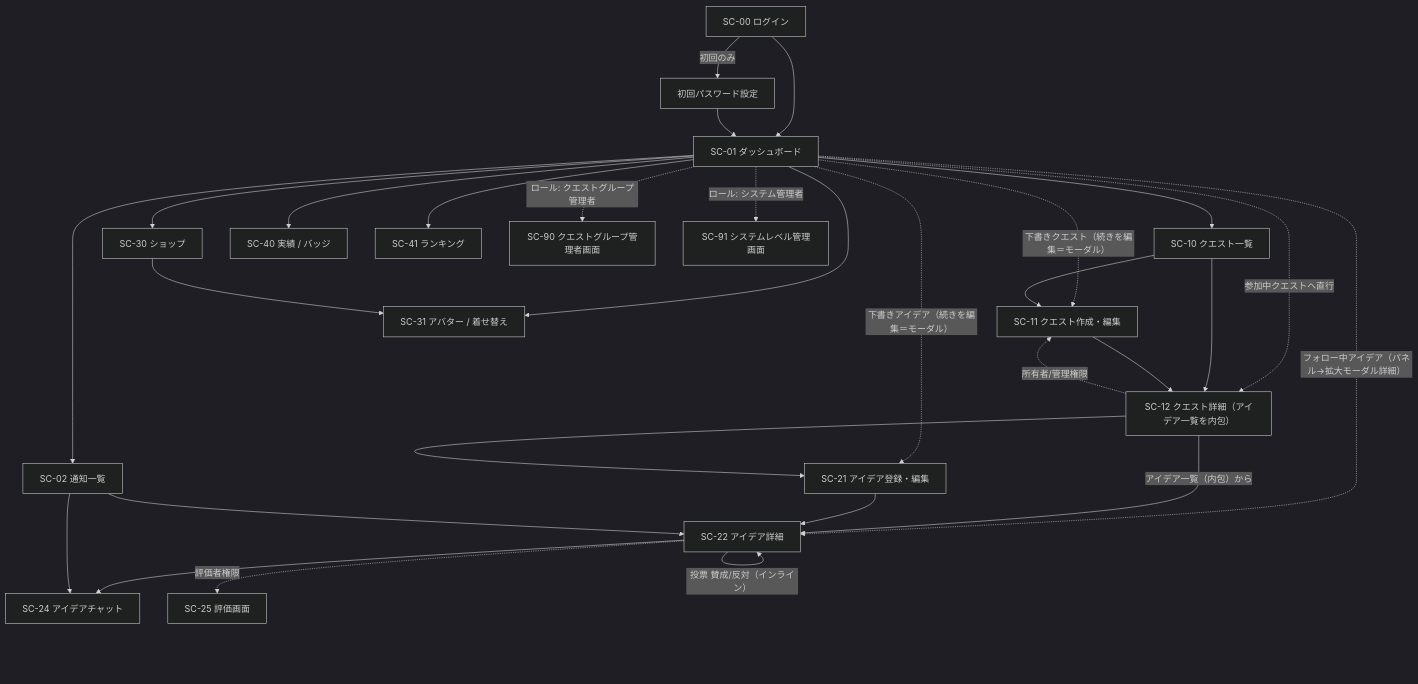
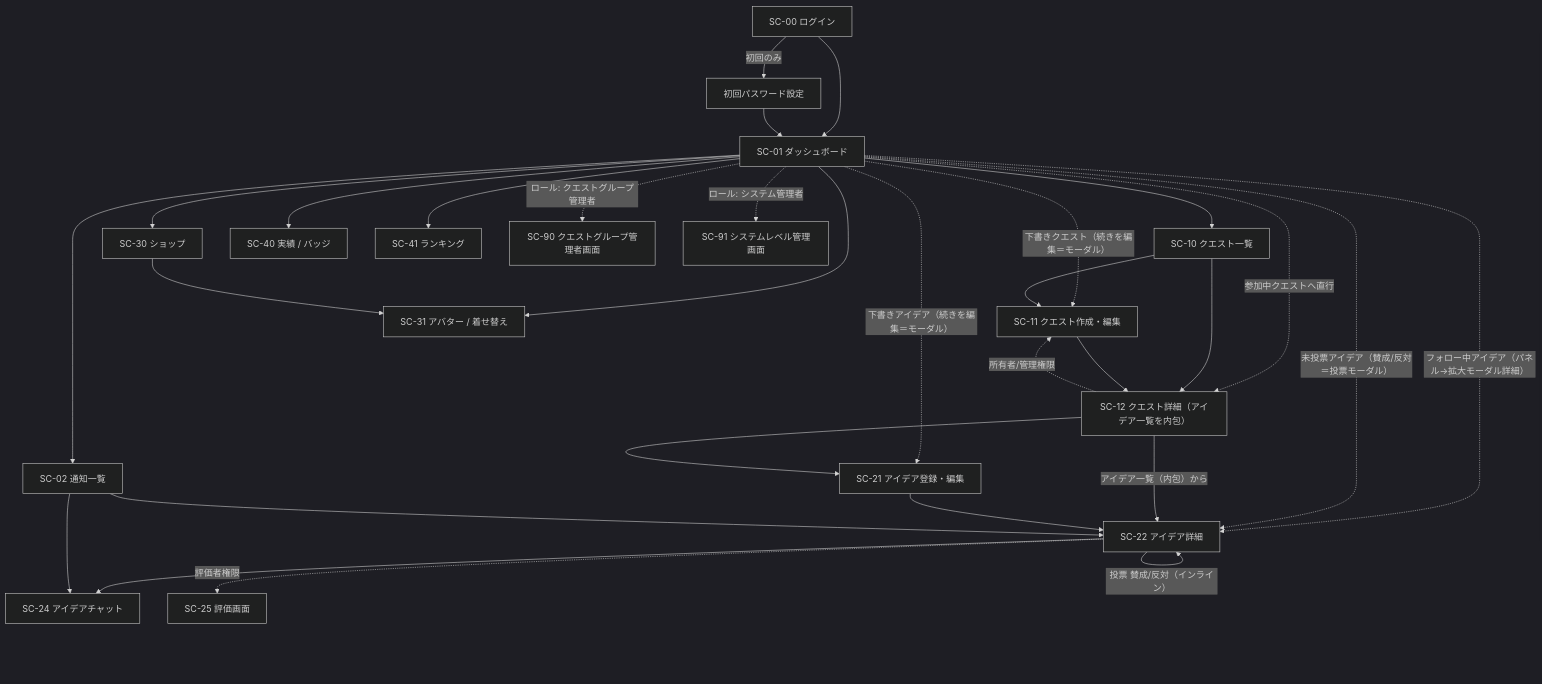
Before and after one commit to t-umekawa-sc/sc-ideaquest-G2: the diagram in doc/画面設計/画面遷移図.md, drawn with Mermaid (dark theme). The commit also changed other lines of this file and 4 other files, not shown here.

````diff
--- a/doc/画面設計/画面遷移図.md
+++ b/doc/画面設計/画面遷移図.md
@@ -37,37 +37,38 @@
 ```mermaid
 flowchart TD
     LOGIN["SC-00 ログイン"] -->|"初回のみ"| PWSET["初回パスワード設定"]
     LOGIN --> DASH["SC-01 ダッシュボード"]
     PWSET --> DASH
 
     DASH --> QLIST["SC-10 クエスト一覧"]
     DASH -. "参加中クエストへ直行" .-> QDETAIL["SC-12 クエスト詳細（アイデア一覧を内包）"]
     DASH -. "フォロー中アイデア（パネル→拡大モーダル詳細）" .-> IDETAIL["SC-22 アイデア詳細"]
     DASH -. "下書きクエスト（続きを編集＝モーダル）" .-> QNEW
     DASH -. "下書きアイデア（続きを編集＝モーダル）" .-> INEW
+    DASH -. "未投票アイデア（賛成/反対＝投票モーダル）" .-> IDETAIL
     DASH --> SHOP["SC-30 ショップ"]
     DASH --> AVATAR["SC-31 アバター / 着せ替え"]
     DASH --> NOTIF["SC-02 通知一覧"]
     DASH --> ACHIEVE["SC-40 実績 / バッジ"]
     DASH --> RANK["SC-41 ランキング"]
     DASH -. "ロール: クエストグループ管理者" .-> QGADMIN["SC-90 クエストグループ管理者画面"]
     DASH -. "ロール: システム管理者" .-> SYSADMIN["SC-91 システムレベル管理画面"]
 
     QLIST --> QNEW["SC-11 クエスト作成・編集"]
     QLIST --> QDETAIL
     QNEW --> QDETAIL
 
     QDETAIL -->|"アイデア一覧（内包）から"| IDETAIL["SC-22 アイデア詳細"]
     QDETAIL --> INEW["SC-21 アイデア登録・編集"]
     QDETAIL -. "所有者/管理権限" .-> QNEW
     INEW --> IDETAIL
 
     IDETAIL -->|"投票 賛成/反対（インライン）"| IDETAIL
     IDETAIL --> CHAT["SC-24 アイデアチャット"]
     IDETAIL -. "評価者権限" .-> EVAL["SC-25 評価画面"]
 
     SHOP --> AVATAR
 
     NOTIF --> IDETAIL
     NOTIF --> CHAT
 ```
````
